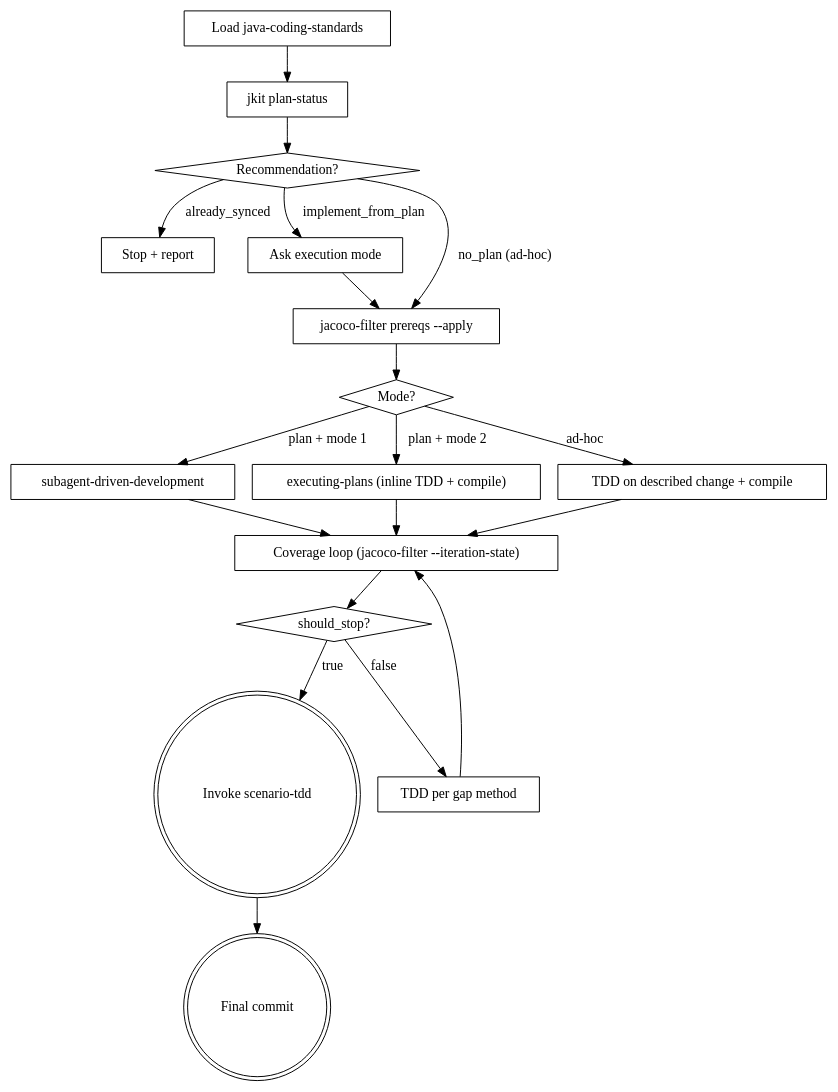
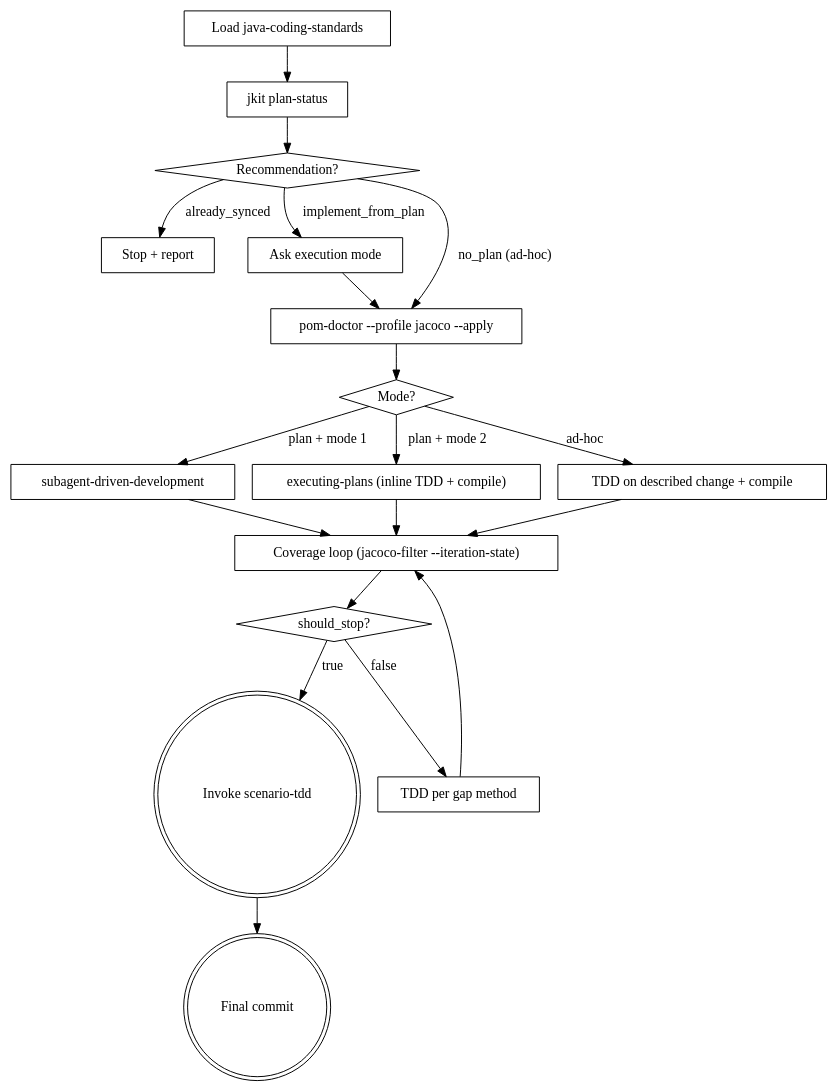
One commit to honghaowuu/jkit changed the diagram in skills/java-tdd/SKILL.md. Above: the diagram before and after it, drawn with Graphviz. The commit also changed other lines of this file and 4 other files, not shown here.

````diff
--- a/skills/java-tdd/SKILL.md
+++ b/skills/java-tdd/SKILL.md
@@ -35,38 +35,38 @@
 ```dot
 digraph java_tdd {
     "Load java-coding-standards" [shape=box];
     "jkit plan-status" [shape=box];
     "Recommendation?" [shape=diamond];
     "Stop + report" [shape=box];
     "Ask execution mode" [shape=box];
-    "jacoco-filter prereqs --apply" [shape=box];
+    "pom-doctor --profile jacoco --apply" [shape=box];
     "Mode?" [shape=diamond];
     "subagent-driven-development" [shape=box];
     "executing-plans (inline TDD + compile)" [shape=box];
     "TDD on described change + compile" [shape=box];
     "Coverage loop (jacoco-filter --iteration-state)" [shape=box];
     "should_stop?" [shape=diamond];
     "TDD per gap method" [shape=box];
     "Invoke scenario-tdd" [shape=doublecircle];
     "Final commit" [shape=doublecircle];
 
     "Load java-coding-standards" -> "jkit plan-status";
     "jkit plan-status" -> "Recommendation?";
     "Recommendation?" -> "Ask execution mode" [label="implement_from_plan"];
-    "Recommendation?" -> "jacoco-filter prereqs --apply" [label="no_plan (ad-hoc)"];
+    "Recommendation?" -> "pom-doctor --profile jacoco --apply" [label="no_plan (ad-hoc)"];
     "Recommendation?" -> "Stop + report" [label="already_synced"];
-    "Ask execution mode" -> "jacoco-filter prereqs --apply";
-    "jacoco-filter prereqs --apply" -> "Mode?";
+    "Ask execution mode" -> "pom-doctor --profile jacoco --apply";
+    "pom-doctor --profile jacoco --apply" -> "Mode?";
     "Mode?" -> "subagent-driven-development" [label="plan + mode 1"];
     "Mode?" -> "executing-plans (inline TDD + compile)" [label="plan + mode 2"];
     "Mode?" -> "TDD on described change + compile" [label="ad-hoc"];
     "subagent-driven-development" -> "Coverage loop (jacoco-filter --iteration-state)";
     "executing-plans (inline TDD + compile)" -> "Coverage loop (jacoco-filter --iteration-state)";
     "TDD on described change + compile" -> "Coverage loop (jacoco-filter --iteration-state)";
     "Coverage loop (jacoco-filter --iteration-state)" -> "should_stop?";
     "should_stop?" -> "TDD per gap method" [label="false"];
     "TDD per gap method" -> "Coverage loop (jacoco-filter --iteration-state)";
     "should_stop?" -> "Invoke scenario-tdd" [label="true"];
     "Invoke scenario-tdd" -> "Final commit";
 }
 ```
````
